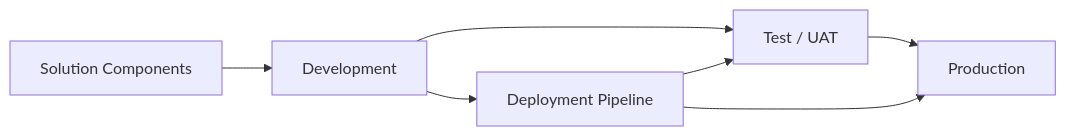
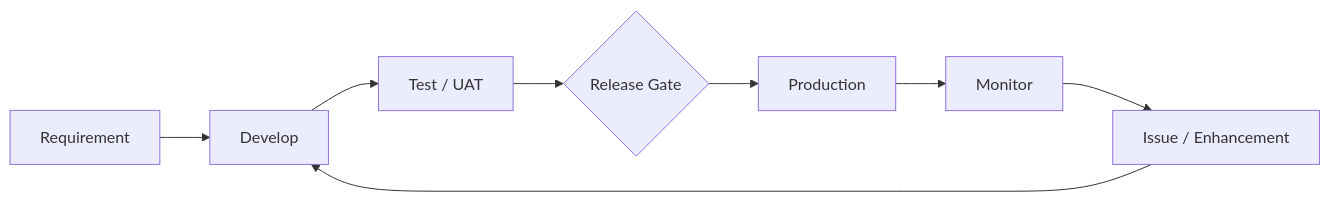
Before and after one commit to Faith144-72894/Faith-Paulding-Portfolio: the diagram in Power-Platform-Enterprise-Architecture/README.md, drawn with Mermaid. The commit also changed other lines of this file, not shown here.

Commit message:
Rebuild Power Platform architecture around operational execution

````diff
--- a/Power-Platform-Enterprise-Architecture/README.md
+++ b/Power-Platform-Enterprise-Architecture/README.md
@@ -13,9 +18,10 @@
 ```mermaid
 flowchart LR
-    DEV[Development] --> TEST[Test / UAT]
-    TEST --> PROD[Production]
-    SOL[Solution Components] --> DEV
-    DEV --> PIPE[Deployment Pipeline]
-    PIPE --> TEST
-    PIPE --> PROD
+ REQ[Requirement] --> DEV[Develop]
+ DEV --> TEST[Test / UAT]
+ TEST --> GATE{Release Gate}
+ GATE --> PROD[Production]
+ PROD --> MON[Monitor]
+ MON --> INC[Issue / Enhancement]
+ INC --> DEV
 ```
````
